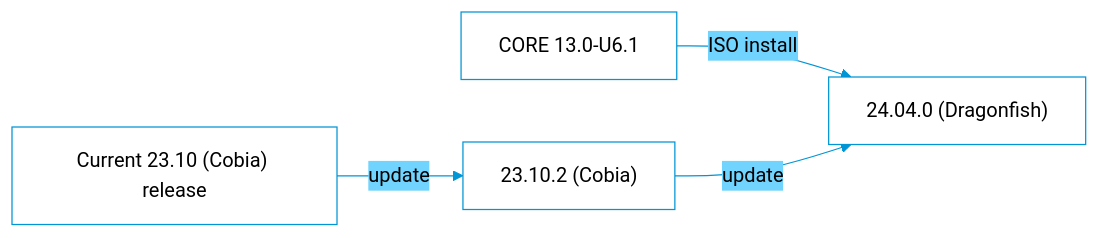
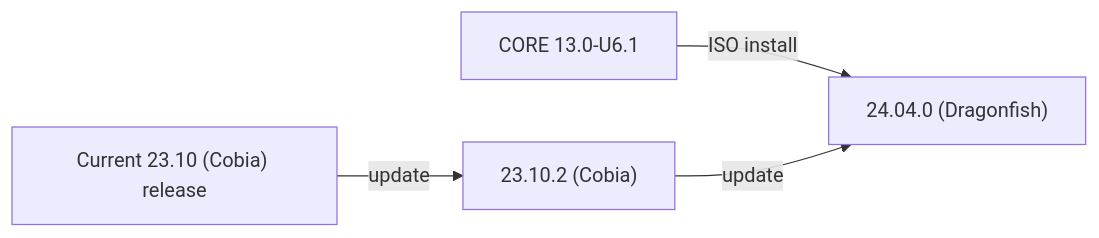
Before and after one commit to truenas/documentation: the second of 2 diagrams in static/includes/SCALEUpgradePaths.md, drawn with Mermaid. The commit also changed other lines of this file, not shown here.

```diff
--- a/static/includes/SCALEUpgradePaths.md
+++ b/static/includes/SCALEUpgradePaths.md
@@ -30,20 +23,7 @@
-{{< mermaid class="mermaid_sizing" >}}
-%%{
-  init: {
-    'theme': 'base',
-    'themeVariables': {
-      'primaryColor': '#FFFFFF',
-      'primaryTextColor': '#000000',
-      'primaryBorderColor': '#0095d5',
-      'secondaryColor': '#70d4ff',
-      'lineColor': '#0095d5',
-      'secondaryTextColor': '#FFFFFF',
-      'tertiaryColor': '#0095d5'
-    }
-  }
-}%%
-
-flowchart LR
-A["CORE 13.0-U6.1"] -->|ISO install| D
-B["Current 23.10 (Cobia) release"] -->|update| C["23.10.2 (Cobia)"] -->|update| D["24.04.0 (Dragonfish)"]
-{{< /mermaid >}}
+      {{< mermaid class="mermaid_sizing" >}}
+      flowchart LR
+        A["CORE 13.0-U6.1"] -->|ISO install| D
+        B["Current 23.10 (Cobia) release"] -->|update| C
+        C["23.10.2 (Cobia)"] -->|update| D
+        D["24.04.0 (Dragonfish)"]
+      {{< /mermaid >}}
```
